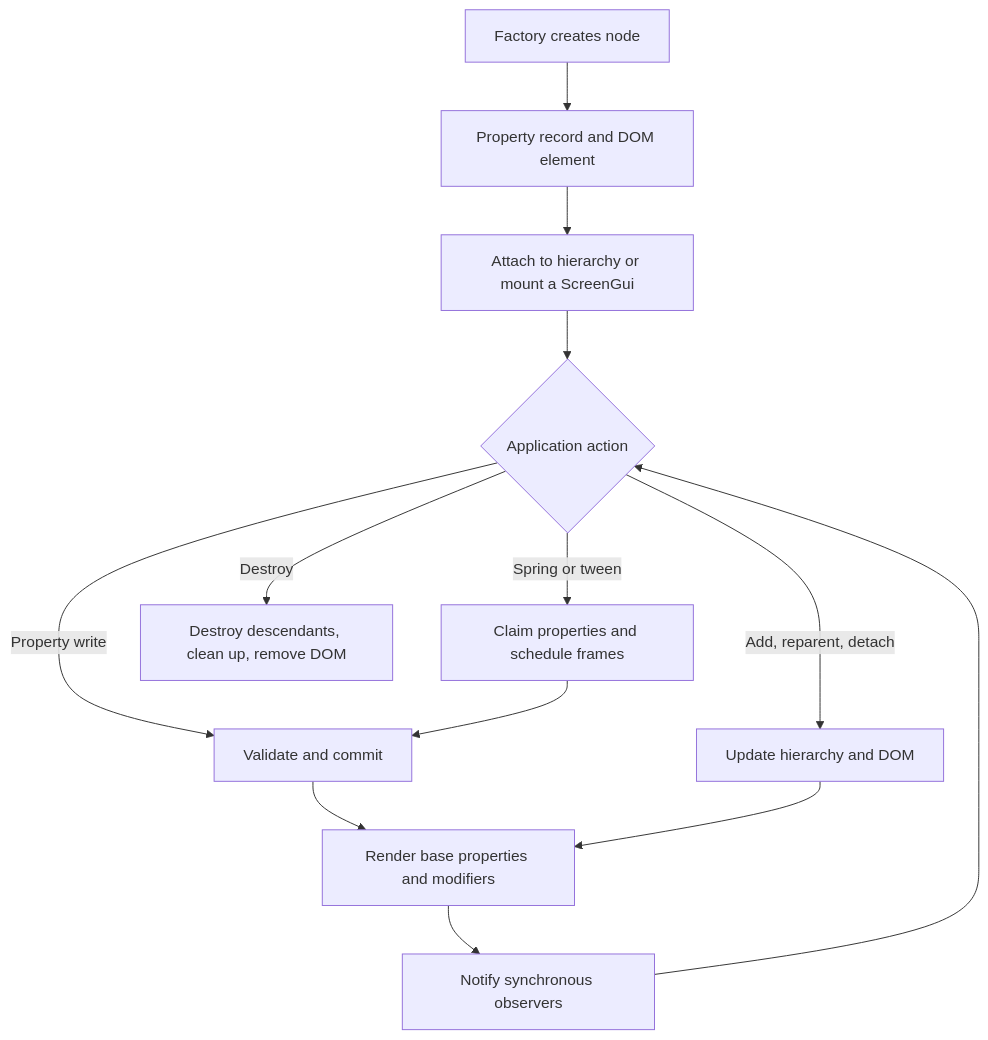
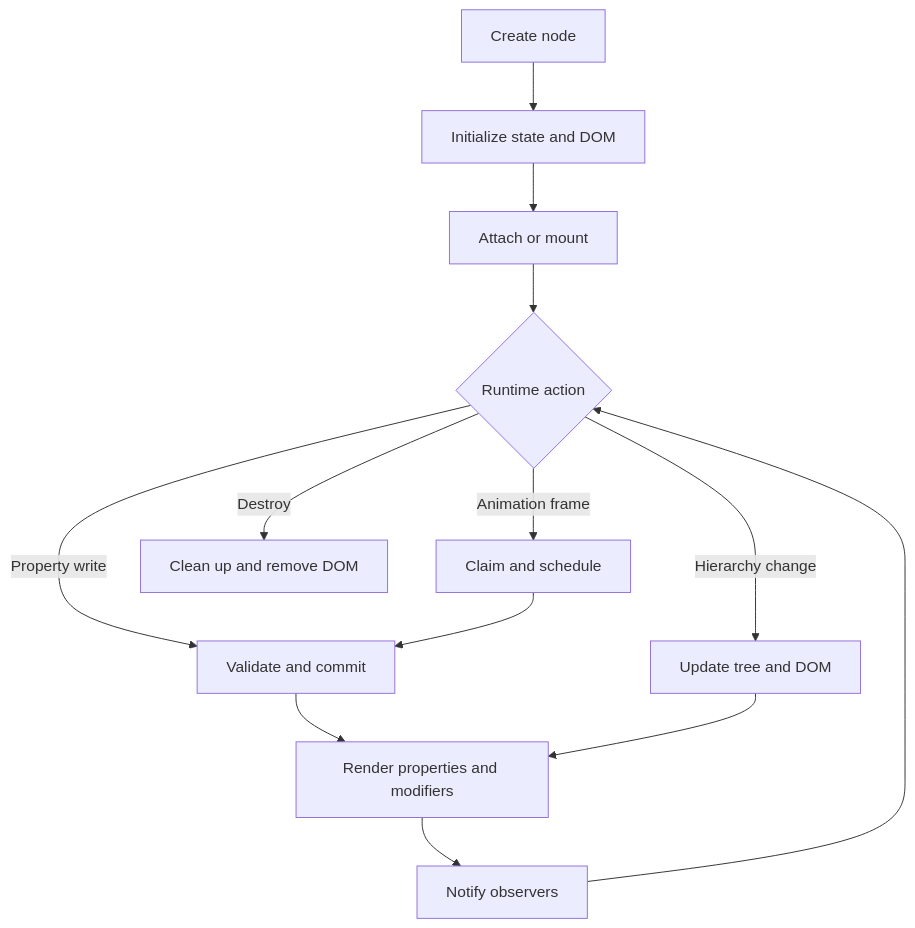
Before and after one commit to Rongrrz/framekit: the diagram in FRAMEKIT_LIFECYCLE.md, drawn with Mermaid. The commit also changed other lines of this file, not shown here.

````diff
--- a/FRAMEKIT_LIFECYCLE.md
+++ b/FRAMEKIT_LIFECYCLE.md
@@ -19,15 +17,15 @@
 ```mermaid
 flowchart TD
-    A[Factory creates node] --> B[Property record and DOM element]
-    B --> C[Attach to hierarchy or mount a ScreenGui]
-    C --> D{Application action}
+    A[Create node] --> B[Initialize state and DOM]
+    B --> C[Attach or mount]
+    C --> D{Runtime action}
     D -->|Property write| E[Validate and commit]
-    D -->|Add, reparent, detach| F[Update hierarchy and DOM]
-    D -->|Spring or tween| G[Claim properties and schedule frames]
-    E --> H[Render base properties and modifiers]
+    D -->|Hierarchy change| F[Update tree and DOM]
+    D -->|Animation frame| G[Claim and schedule]
+    E --> H[Render properties and modifiers]
     F --> H
     G --> E
-    H --> I[Notify synchronous observers]
+    H --> I[Notify observers]
     I --> D
-    D -->|Destroy| J[Destroy descendants, clean up, remove DOM]
+    D -->|Destroy| J[Clean up and remove DOM]
 ```
````
